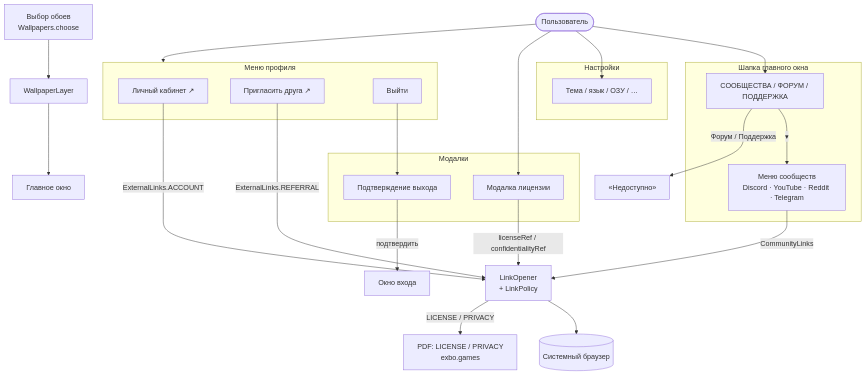
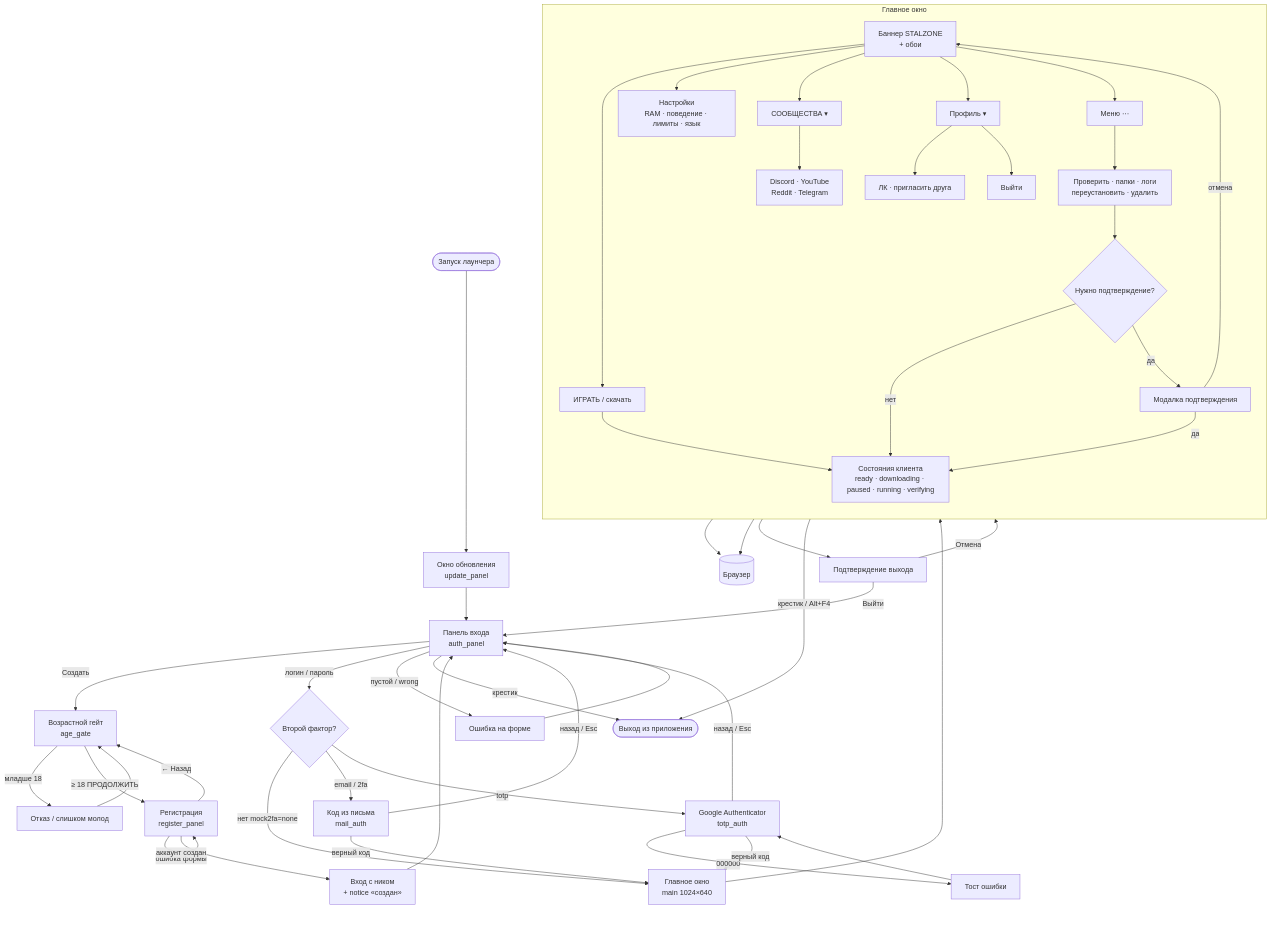
Before and after one commit to Nyrokume/exbo-launcher-fork: the diagram in docs/design/INTERACTION.md, drawn with Mermaid. The commit also changed other lines of this file and 132 other files, not shown here.

````diff
--- a/docs/design/INTERACTION.md
+++ b/docs/design/INTERACTION.md
@@ -10,52 +11,61 @@
 ```mermaid
 flowchart TB
-  U([Пользователь])
+  Start([Запуск лаунчера]) --> Update[Окно обновления<br/>update_panel]
 
-  subgraph Header["Шапка главного окна"]
-    H[СООБЩЕСТВА / ФОРУМ / ПОДДЕРЖКА]
-    CM[Меню сообществ<br/>Discord · YouTube · Reddit · Telegram]
+  Update --> Auth[Панель входа<br/>auth_panel]
+
+  Auth -->|Создать| Age[Возрастной гейт<br/>age_gate]
+  Age -->|младше 18| AgeErr[Отказ / слишком молод]
+  AgeErr --> Age
+  Age -->|≥ 18 ПРОДОЛЖИТЬ| Reg[Регистрация<br/>register_panel]
+  Reg -->|← Назад| Age
+  Reg -->|ошибка формы| Reg
+  Reg -->|аккаунт создан| AuthOk[Вход с ником<br/>+ notice «создан»]
+  AuthOk --> Auth
+
+  Auth -->|логин / пароль| AuthCheck{Второй фактор?}
+  Auth -->|пустой / wrong| AuthErr[Ошибка на форме]
+  AuthErr --> Auth
+
+  AuthCheck -->|нет mock2fa=none| Main
+  AuthCheck -->|email / 2fa| Mail[Код из письма<br/>mail_auth]
+  AuthCheck -->|totp| Totp[Google Authenticator<br/>totp_auth]
+  Mail -->|назад / Esc| Auth
+  Mail -->|верный код| Main[Главное окно<br/>main 1024×640]
+  Totp -->|назад / Esc| Auth
+  Totp -->|000000| TotpErr[Тост ошибки]
+  TotpErr --> Totp
+  Totp -->|верный код| Main
+
+  subgraph MainWin["Главное окно"]
+    direction TB
+    Home[Баннер STALZONE<br/>+ обои]
+    Home --> Play[ИГРАТЬ / скачать]
+    Play --> States[Состояния клиента<br/>ready · downloading · paused · running · verifying]
+    Home --> Dots[Меню ⋯]
+    Dots --> Actions[Проверить · папки · логи<br/>переустановить · удалить]
+    Actions --> Confirm{Нужно подтверждение?}
+    Confirm -->|да| ModalAsk[Модалка подтверждения]
+    Confirm -->|нет| States
+    ModalAsk -->|да| States
+    ModalAsk -->|отмена| Home
+
+    Home --> Settings[Настройки<br/>RAM · поведение · лимиты · язык]
+    Home --> Communities[СООБЩЕСТВА ▾]
+    Communities --> ExtSoc[Discord · YouTube<br/>Reddit · Telegram]
+    Home --> Profile[Профиль ▾]
+    Profile --> ExtAcc[ЛК · пригласить друга]
+    Profile --> Logout[Выйти]
   end
 
-  subgraph Profile["Меню профиля"]
-    PA[Личный кабинет ↗]
-    INV[Пригласить друга ↗]
-    LO[Выйти]
-  end
+  Main --> MainWin
+  ExtSoc --> Browser[(Браузер)]
+  ExtAcc --> Browser
 
-  subgraph Modals["Модалки"]
-    LM[Модалка лицензии]
-    LC[Подтверждение выхода]
-  end
+  Logout --> LogoutModal[Подтверждение выхода]
+  LogoutModal -->|Отмена| Home
+  LogoutModal -->|Выйти| Auth
 
-  subgraph Settings["Настройки"]
-    ST[Тема / язык / ОЗУ / …]
-  end
-
-  WP[Выбор обоев<br/>Wallpapers.choose]
-  WL[WallpaperLayer]
-  LO_OP[LinkOpener<br/>+ LinkPolicy]
-  BR[(Системный браузер)]
-  AUTH[Окно входа]
-  PDF[PDF: LICENSE / PRIVACY<br/>exbo.games]
-
-  U --> H
-  U --> Profile
-  U --> ST
-  U --> LM
-
-  H -->|▾| CM
-  CM -->|CommunityLinks| LO_OP
-  H -->|Форум / Поддержка| NA[«Недоступно»]
-
-  PA -->|ExternalLinks.ACCOUNT| LO_OP
-  INV -->|ExternalLinks.REFERRAL| LO_OP
-  LO --> LC
-  LC -->|подтвердить| AUTH
-
-  LM -->|licenseRef / confidentialityRef| LO_OP
-  LO_OP --> BR
-  LO_OP -->|LICENSE / PRIVACY| PDF
-
-  WP --> WL
-  WL --> MainWin[Главное окно]
+  Home -->|крестик / Alt+F4| Exit([Выход из приложения])
+  Auth -->|крестик| Exit
 ```
````
